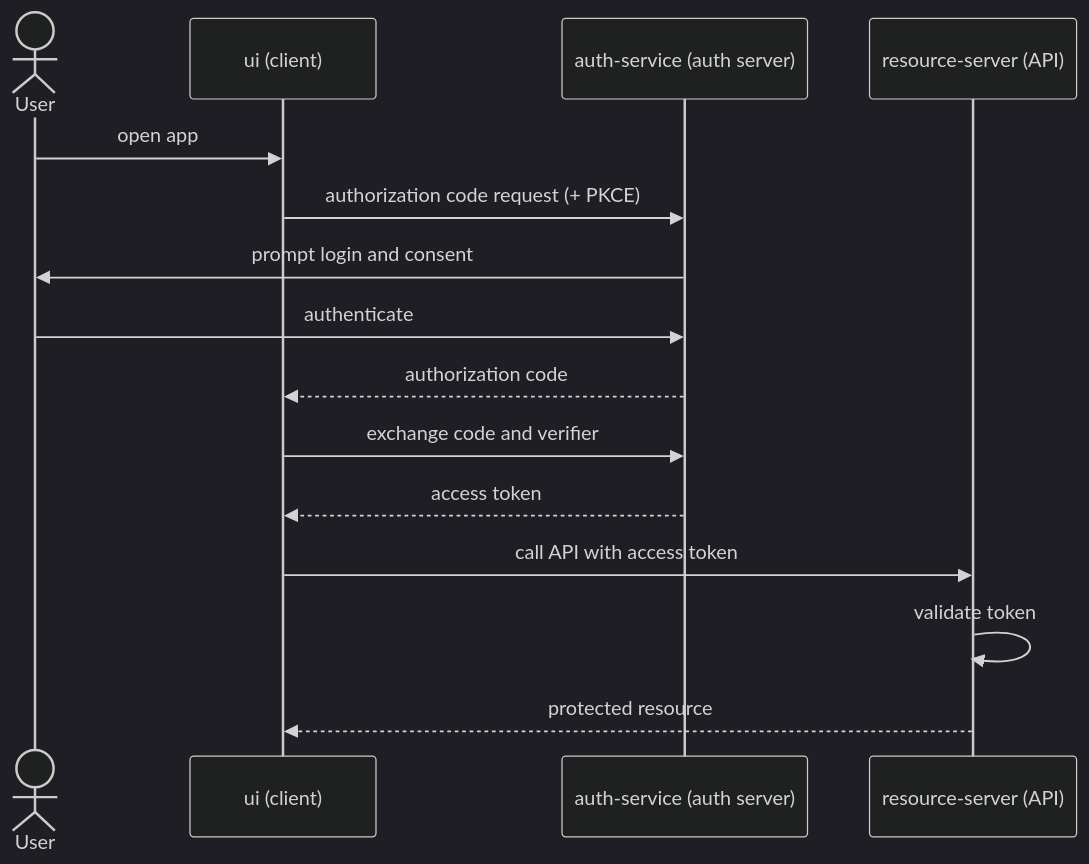
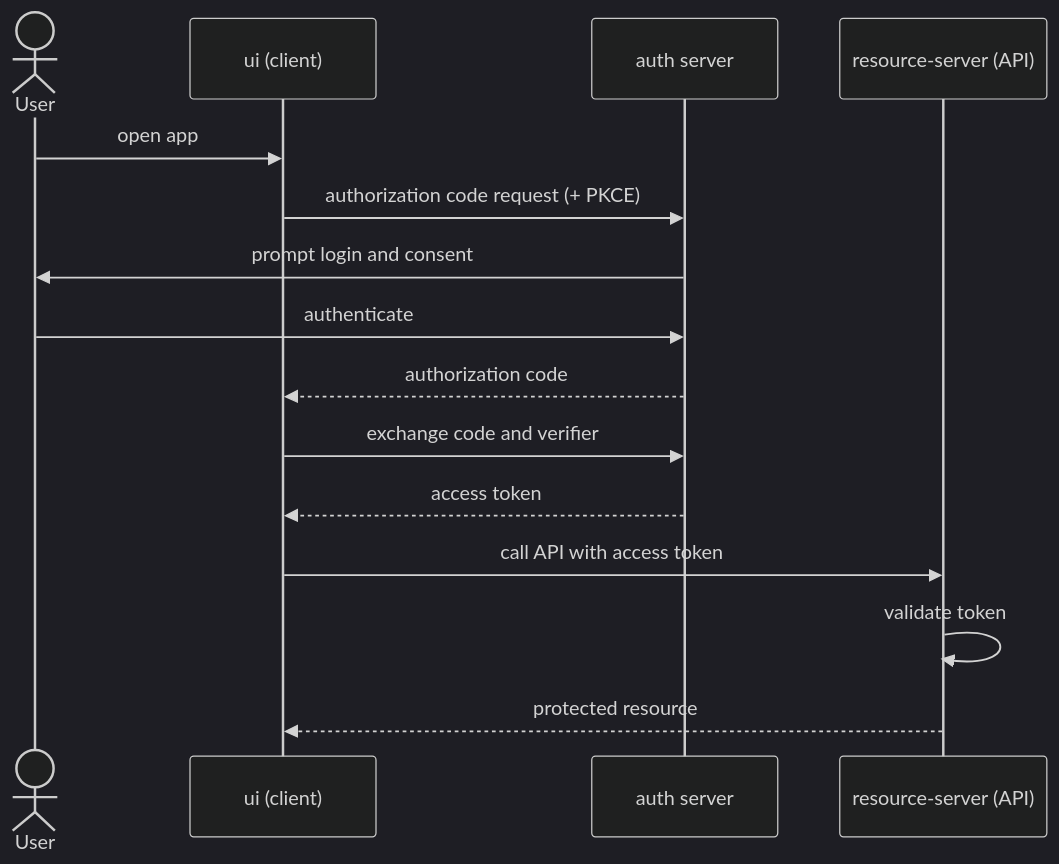
Before and after one commit to dkds/spring-security-lab: the diagram in oauth2-spring-boot-4/README.md, drawn with Mermaid (dark theme). The commit also changed 48 other files, not shown here.

````diff
--- a/oauth2-spring-boot-4/README.md
+++ b/oauth2-spring-boot-4/README.md
@@ -26,17 +26,17 @@
 ```mermaid
 sequenceDiagram
     actor User
     participant UI as ui (client)
-    participant A as auth-service (auth server)
+    participant A as auth server
     participant RS as resource-server (API)
     User->>UI: open app
     UI->>A: authorization code request (+ PKCE)
     A->>User: prompt login and consent
     User->>A: authenticate
     A-->>UI: authorization code
     UI->>A: exchange code and verifier
     A-->>UI: access token
     UI->>RS: call API with access token
     RS->>RS: validate token
     RS-->>UI: protected resource
 ```
````
